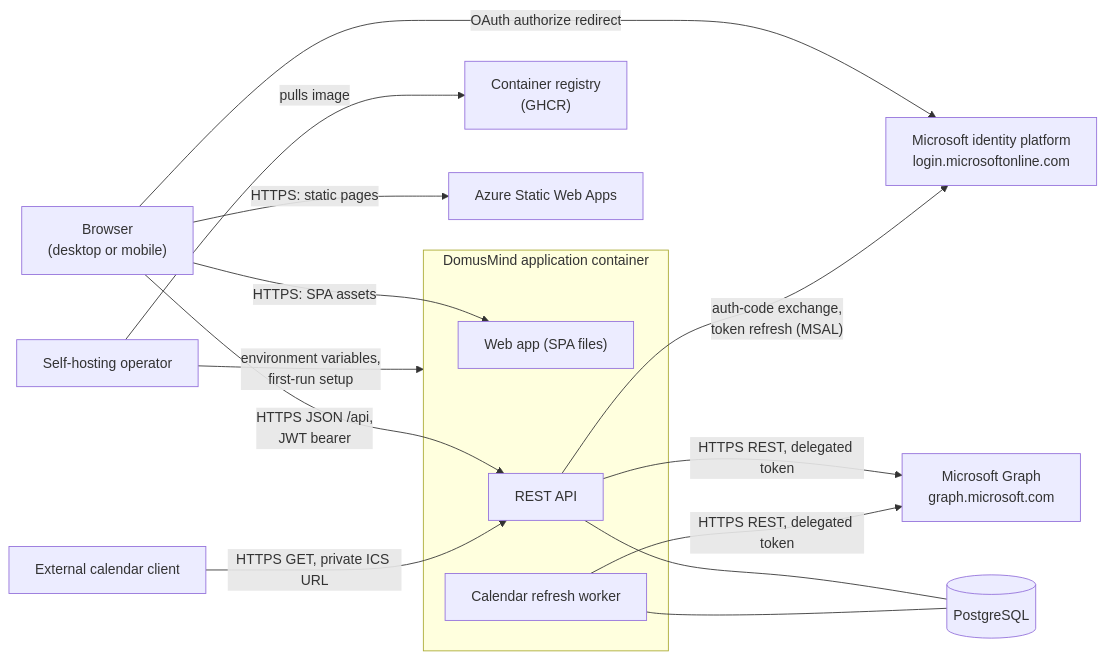
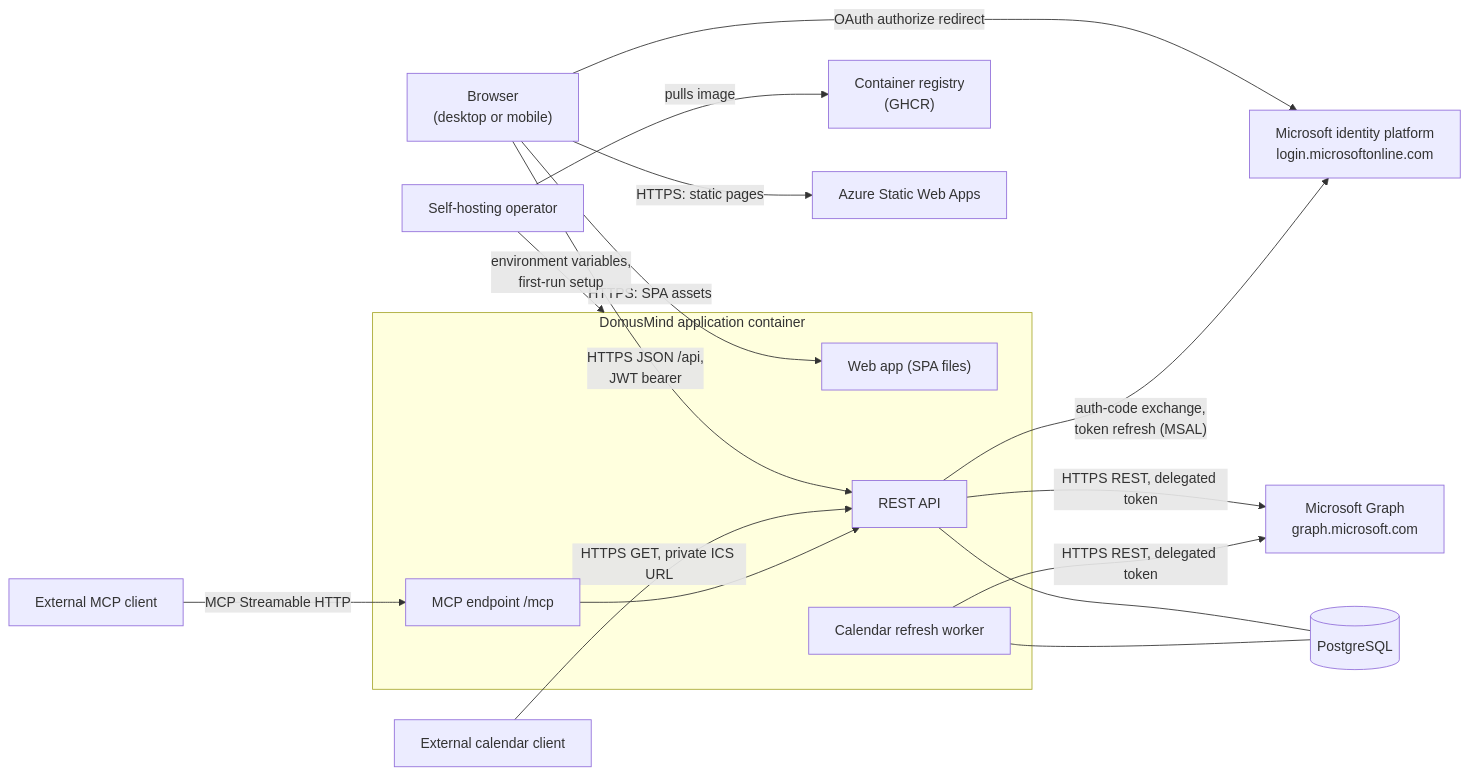
One commit to juangcarmona/domusmind changed the second of 2 diagrams in docs/architecture/03-context-and-scope.md. Above: the diagram before and after it, drawn with Mermaid. The commit also changed other lines of this file and 11 other files, not shown here.

First line of the commit message:
docs(mcp): record adapter architecture and evidence

````diff
--- a/docs/architecture/03-context-and-scope.md
+++ b/docs/architecture/03-context-and-scope.md
@@ -66,30 +68,34 @@
 ```mermaid
 flowchart LR
     browser["Browser<br/>(desktop or mobile)"]
     operator["Self-hosting operator"]
     msid["Microsoft identity platform<br/>login.microsoftonline.com"]
     msgraph["Microsoft Graph<br/>graph.microsoft.com"]
     calendarClient["External calendar client"]
+    mcpClient["External MCP client"]
     ghcr["Container registry<br/>(GHCR)"]
     swa["Azure Static Web Apps"]
 
     subgraph app["DomusMind application container"]
         web["Web app (SPA files)"]
         api["REST API"]
+        mcp["MCP endpoint /mcp"]
         worker["Calendar refresh worker"]
     end
     db[("PostgreSQL")]
 
     browser -- "HTTPS: SPA assets" --> web
     browser -- "HTTPS JSON /api,<br/>JWT bearer" --> api
     calendarClient -- "HTTPS GET, private ICS URL" --> api
+    mcpClient -- "MCP Streamable HTTP" --> mcp
+    mcp --> api
     browser -- "OAuth authorize redirect" --> msid
     api -- "auth-code exchange,<br/>token refresh (MSAL)" --> msid
     api -- "HTTPS REST, delegated token" --> msgraph
     worker -- "HTTPS REST, delegated token" --> msgraph
     api --- db
     worker --- db
     operator -- "pulls image" --> ghcr
     operator -- "environment variables,<br/>first-run setup" --> app
     browser -- "HTTPS: static pages" --> swa
 ```
````
